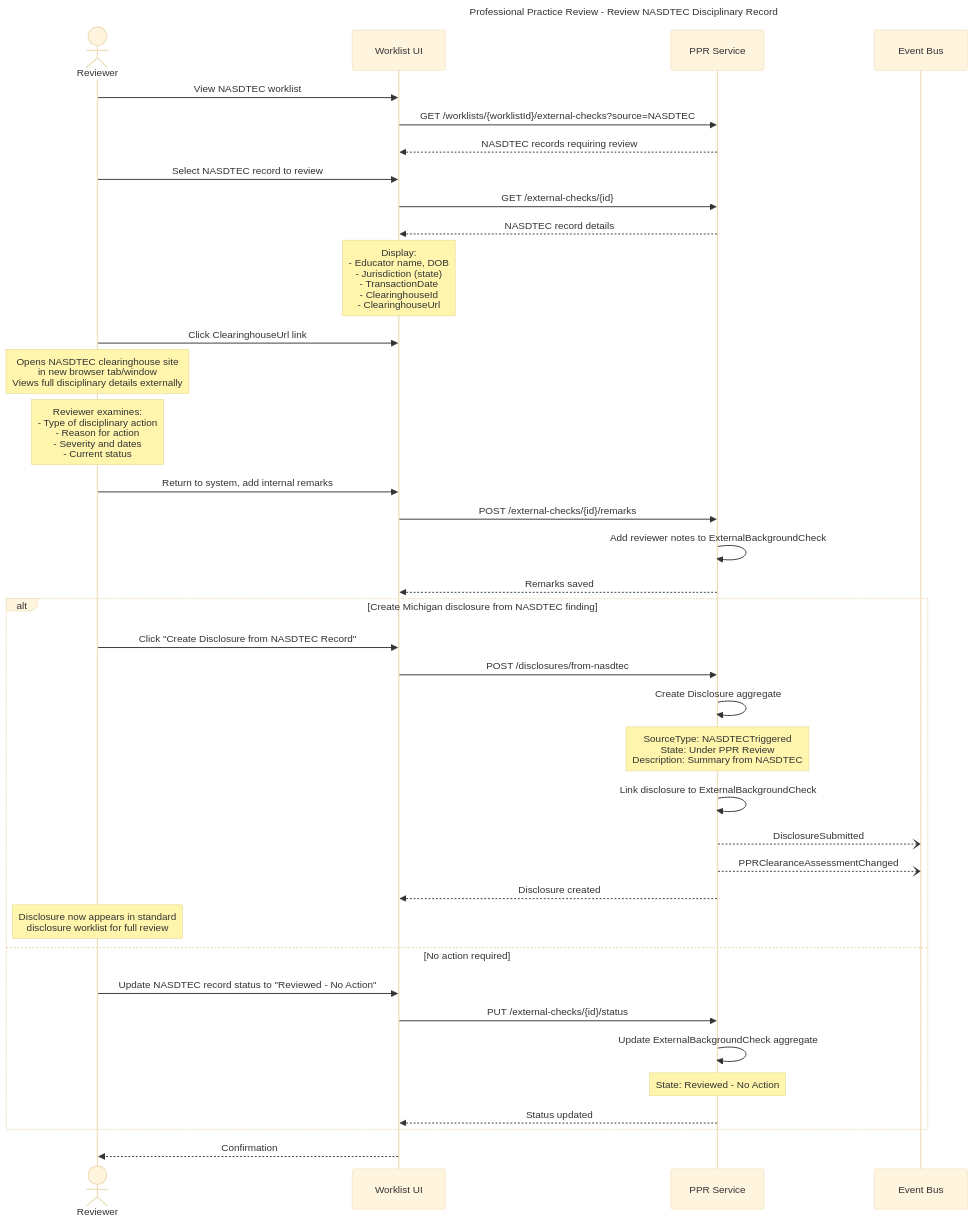
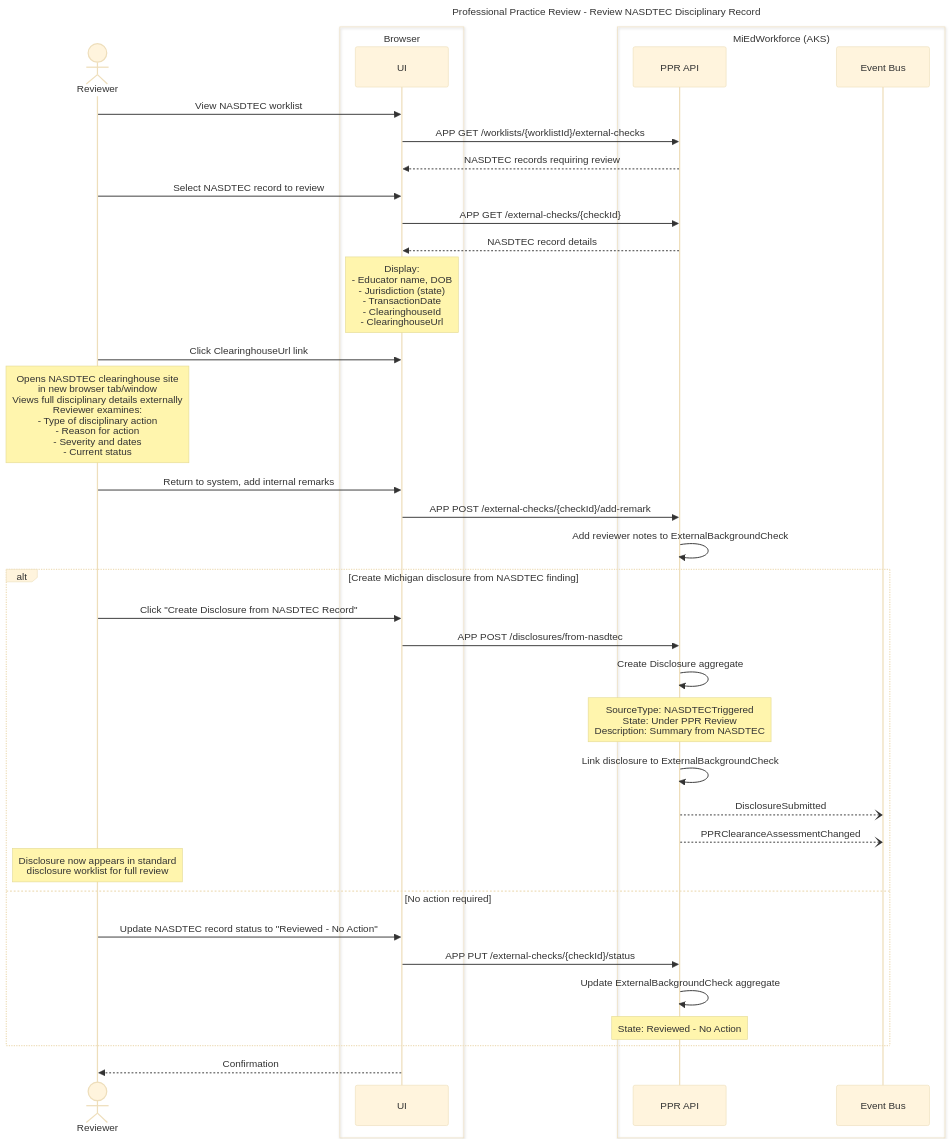
One commit to mnichols-dl/mied-design changed diagram 14 of 15 in working-docs/solution-areas/profpractice/profpractice-sequences.md. Above: the diagram before and after it, drawn with Mermaid (base theme). The commit also changed other lines of this file and 34 other files, not shown here.

Commit message:
Update sequences and perform RTM assessment

````diff
--- a/working-docs/solution-areas/profpractice/profpractice-sequences.md
+++ b/working-docs/solution-areas/profpractice/profpractice-sequences.md
@@ -911,58 +894,55 @@
 ```mermaid
 ---
 title: Professional Practice Review - Review NASDTEC Disciplinary Record
 ---
 sequenceDiagram
     actor Reviewer
-    participant WorklistUI as Worklist UI
-    participant PPRService as PPR Service
-    participant EventBus as Event Bus
+    box Browser
+        participant UI as UI
+    end
+    box MiEdWorkforce (AKS)
+        participant PprApi as PPR API
+        participant EventBus as Event Bus
+    end
     
-    Reviewer->>WorklistUI: View NASDTEC worklist
-    WorklistUI->>PPRService: GET /worklists/{worklistId}/external-checks?source=NASDTEC
-    PPRService-->>WorklistUI: NASDTEC records requiring review
+    Reviewer->>UI: View NASDTEC worklist
+    UI->>PprApi: APP GET /worklists/{worklistId}/external-checks
+    PprApi-->>UI: NASDTEC records requiring review
     
-    Reviewer->>WorklistUI: Select NASDTEC record to review
-    WorklistUI->>PPRService: GET /external-checks/{id}
-    PPRService-->>WorklistUI: NASDTEC record details
+    Reviewer->>UI: Select NASDTEC record to review
+    UI->>PprApi: APP GET /external-checks/{checkId}
+    PprApi-->>UI: NASDTEC record details
     
-    Note over WorklistUI: Display:<br/>- Educator name, DOB<br/>- Jurisdiction (state)<br/>- TransactionDate<br/>- ClearinghouseId<br/>- ClearinghouseUrl
+    Note over UI: Display:<br/>- Educator name, DOB<br/>- Jurisdiction (state)<br/>- TransactionDate<br/>- ClearinghouseId<br/>- ClearinghouseUrl
     
-    Reviewer->>WorklistUI: Click ClearinghouseUrl link
-    Note over Reviewer: Opens NASDTEC clearinghouse site<br/>in new browser tab/window<br/>Views full disciplinary details externally
+    Reviewer->>UI: Click ClearinghouseUrl link
+    Note over Reviewer: Opens NASDTEC clearinghouse site<br/>in new browser tab/window<br/>Views full disciplinary details externally<br/>Reviewer examines:<br/>- Type of disciplinary action<br/>- Reason for action<br/>- Severity and dates<br/>- Current status
     
-    Note over Reviewer: Reviewer examines:<br/>- Type of disciplinary action<br/>- Reason for action<br/>- Severity and dates<br/>- Current status
-    
-    Reviewer->>WorklistUI: Return to system, add internal remarks
-    WorklistUI->>PPRService: POST /external-checks/{id}/remarks
-    PPRService->>PPRService: Add reviewer notes to ExternalBackgroundCheck
-    PPRService-->>WorklistUI: Remarks saved
+    Reviewer->>UI: Return to system, add internal remarks
+    UI->>PprApi: APP POST /external-checks/{checkId}/add-remark
+    PprApi->>PprApi: Add reviewer notes to ExternalBackgroundCheck
     
     alt Create Michigan disclosure from NASDTEC finding
-        Reviewer->>WorklistUI: Click "Create Disclosure from NASDTEC Record"
-        WorklistUI->>PPRService: POST /disclosures/from-nasdtec
+        Reviewer->>UI: Click "Create Disclosure from NASDTEC Record"
+        UI->>PprApi: APP POST /disclosures/from-nasdtec
         
-        PPRService->>PPRService: Create Disclosure aggregate
-        Note over PPRService: SourceType: NASDTECTriggered<br/>State: Under PPR Review<br/>Description: Summary from NASDTEC
+        PprApi->>PprApi: Create Disclosure aggregate
+        Note over PprApi: SourceType: NASDTECTriggered<br/>State: Under PPR Review<br/>Description: Summary from NASDTEC
         
-        PPRService->>PPRService: Link disclosure to ExternalBackgroundCheck
+        PprApi->>PprApi: Link disclosure to ExternalBackgroundCheck
         
-        PPRService--)EventBus: DisclosureSubmitted
-        PPRService--)EventBus: PPRClearanceAssessmentChanged
-        
-        PPRService-->>WorklistUI: Disclosure created
+        PprApi--)EventBus: DisclosureSubmitted
+        PprApi--)EventBus: PPRClearanceAssessmentChanged
         
         Note over Reviewer: Disclosure now appears in standard<br/>disclosure worklist for full review
         
     else No action required
-        Reviewer->>WorklistUI: Update NASDTEC record status to "Reviewed - No Action"
-        WorklistUI->>PPRService: PUT /external-checks/{id}/status
+        Reviewer->>UI: Update NASDTEC record status to "Reviewed - No Action"
+        UI->>PprApi: APP PUT /external-checks/{checkId}/status
         
-        PPRService->>PPRService: Update ExternalBackgroundCheck aggregate
-        Note over PPRService: State: Reviewed - No Action
-        
-        PPRService-->>WorklistUI: Status updated
+        PprApi->>PprApi: Update ExternalBackgroundCheck aggregate
+        Note over PprApi: State: Reviewed - No Action
     end
     
-    WorklistUI-->>Reviewer: Confirmation
+    UI-->>Reviewer: Confirmation
 ```
````
